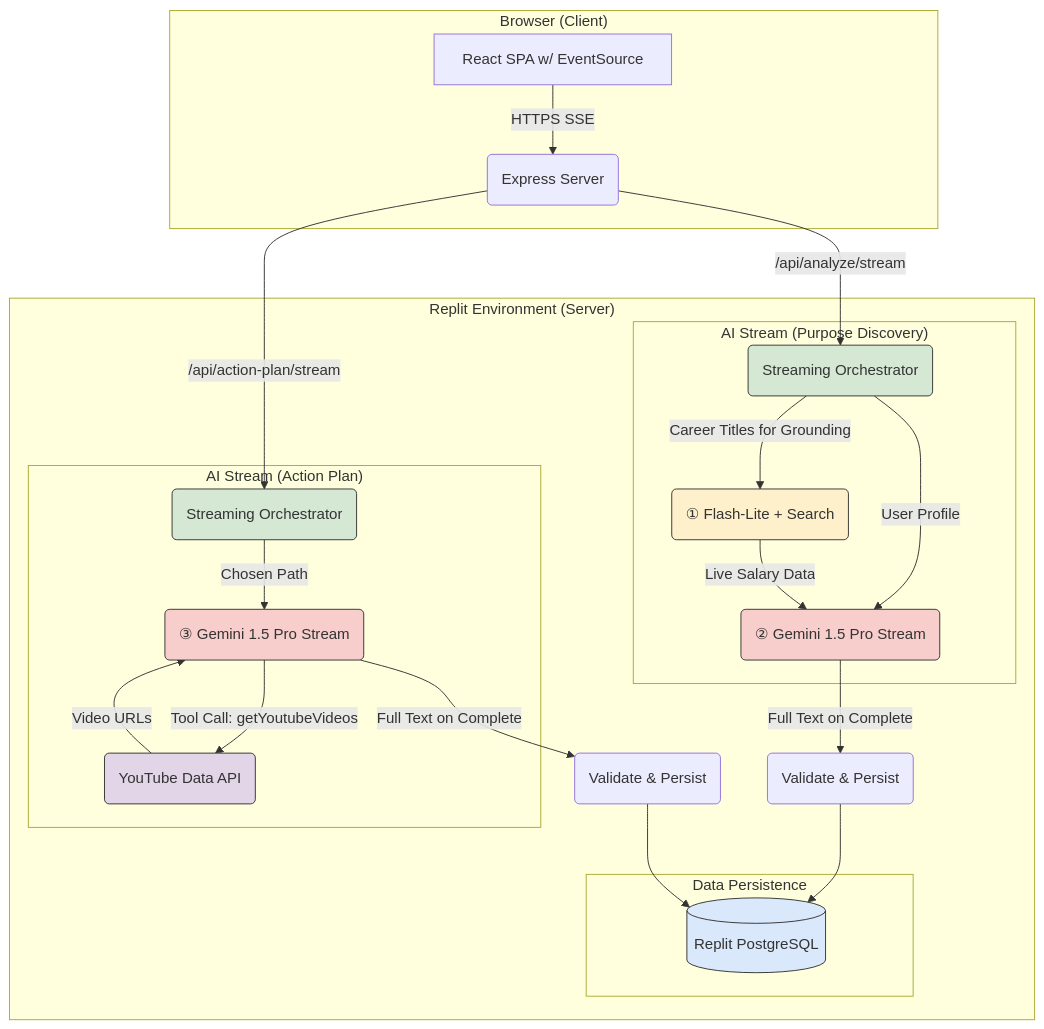
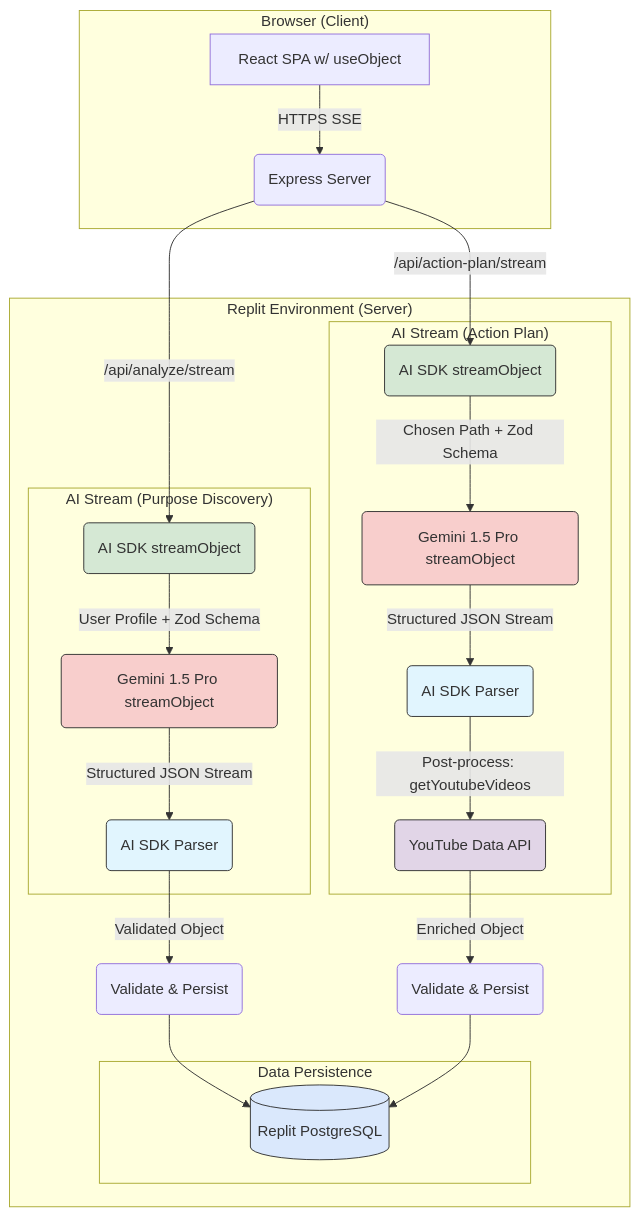
The diagram in docs/tech-spec.md (andres-monge/ikigai), drawn with Mermaid before and after one commit. The commit also changed other lines of this file and 3 other files, not shown here.

````diff
--- a/docs/tech-spec.md
+++ b/docs/tech-spec.md
@@ -63,40 +63,40 @@
 ```mermaid
 graph TD
     subgraph "Browser (Client)"
-        C1[React SPA w/ EventSource] -->|HTTPS SSE| S1(Express Server)
+        C1[React SPA w/ useObject] -->|HTTPS SSE| S1(Express Server)
     end
 
     subgraph "Replit Environment (Server)"
-        S1 -- "/api/analyze/stream" --> ORC(Streaming Orchestrator)
+        S1 -- "/api/analyze/stream" --> ORC(AI SDK streamObject)
 
         subgraph "AI Stream (Purpose Discovery)"
-            ORC -- "User Profile" --> CALL2(② Gemini 1.5 Pro Stream)
-            ORC -- "Career Titles for Grounding" --> CALL1(① Flash-Lite + Search)
-            CALL1 -- "Live Salary Data" --> CALL2
+            ORC -- "User Profile + Zod Schema" --> CALL2(Gemini 1.5 Pro streamObject)
+            CALL2 -- "Structured JSON Stream" --> PARSE1(AI SDK Parser)
         end
 
-        S1 -- "/api/action-plan/stream" --> ORC2(Streaming Orchestrator)
+        S1 -- "/api/action-plan/stream" --> ORC2(AI SDK streamObject)
         subgraph "AI Stream (Action Plan)"
-            ORC2 -- "Chosen Path" --> CALL3(③ Gemini 1.5 Pro Stream)
-            CALL3 -- "Tool Call: getYoutubeVideos" --> YT_API(YouTube Data API)
-            YT_API -- "Video URLs" --> CALL3
+            ORC2 -- "Chosen Path + Zod Schema" --> CALL3(Gemini 1.5 Pro streamObject)
+            CALL3 -- "Structured JSON Stream" --> PARSE2(AI SDK Parser)
+            PARSE2 -- "Post-process: getYoutubeVideos" --> YT_API(YouTube Data API)
         end
 
         subgraph "Data Persistence"
             DB[(Replit PostgreSQL)]
         end
 
-        CALL2 -- "Full Text on Complete" --> PERSIST1(Validate & Persist)
-        CALL3 -- "Full Text on Complete" --> PERSIST2(Validate & Persist)
+        PARSE1 -- "Validated Object" --> PERSIST1(Validate & Persist)
+        YT_API -- "Enriched Object" --> PERSIST2(Validate & Persist)
         PERSIST1 --> DB
         PERSIST2 --> DB
     end
 
     style ORC fill:#d5e8d4,stroke:#333
     style ORC2 fill:#d5e8d4,stroke:#333
-    style CALL1 fill:#fff0cc,stroke:#333
     style CALL2 fill:#f8cecc,stroke:#333
     style CALL3 fill:#f8cecc,stroke:#333
+    style PARSE1 fill:#e1f5fe,stroke:#333
+    style PARSE2 fill:#e1f5fe,stroke:#333
     style YT_API fill:#e1d5e7,stroke:#333
     style DB fill:#dae8fc,stroke:#333
 ```
````
